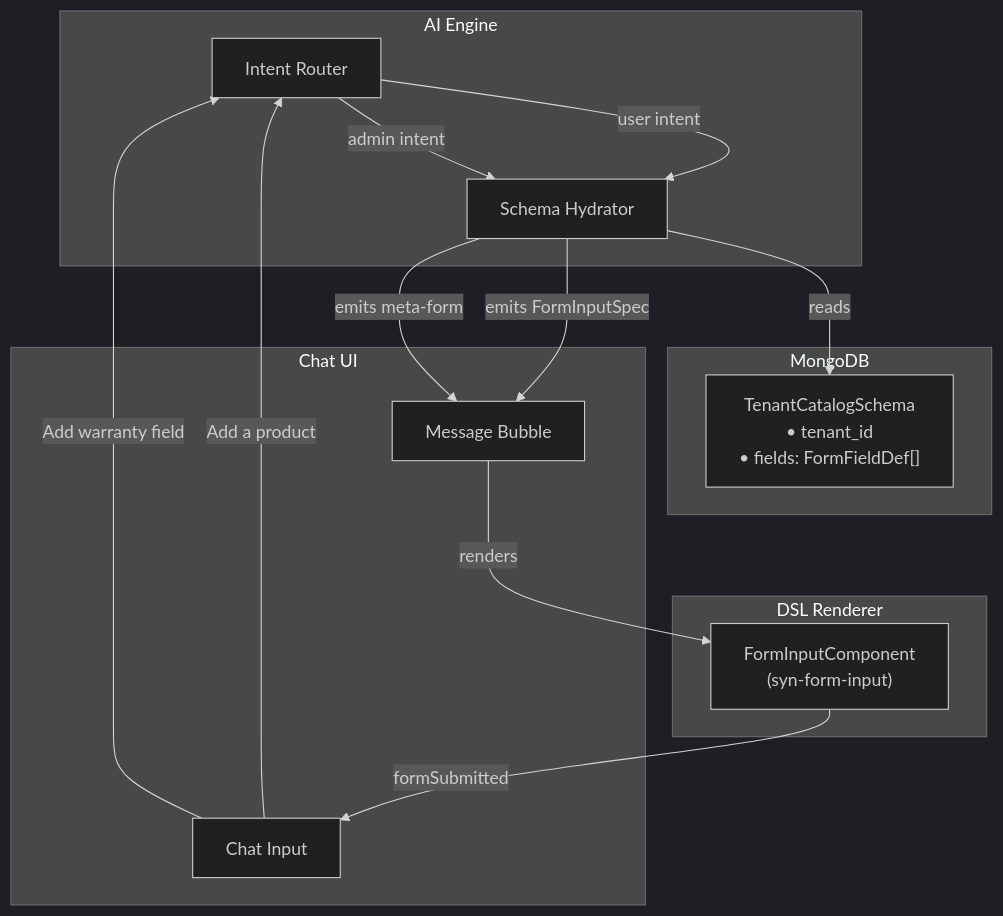
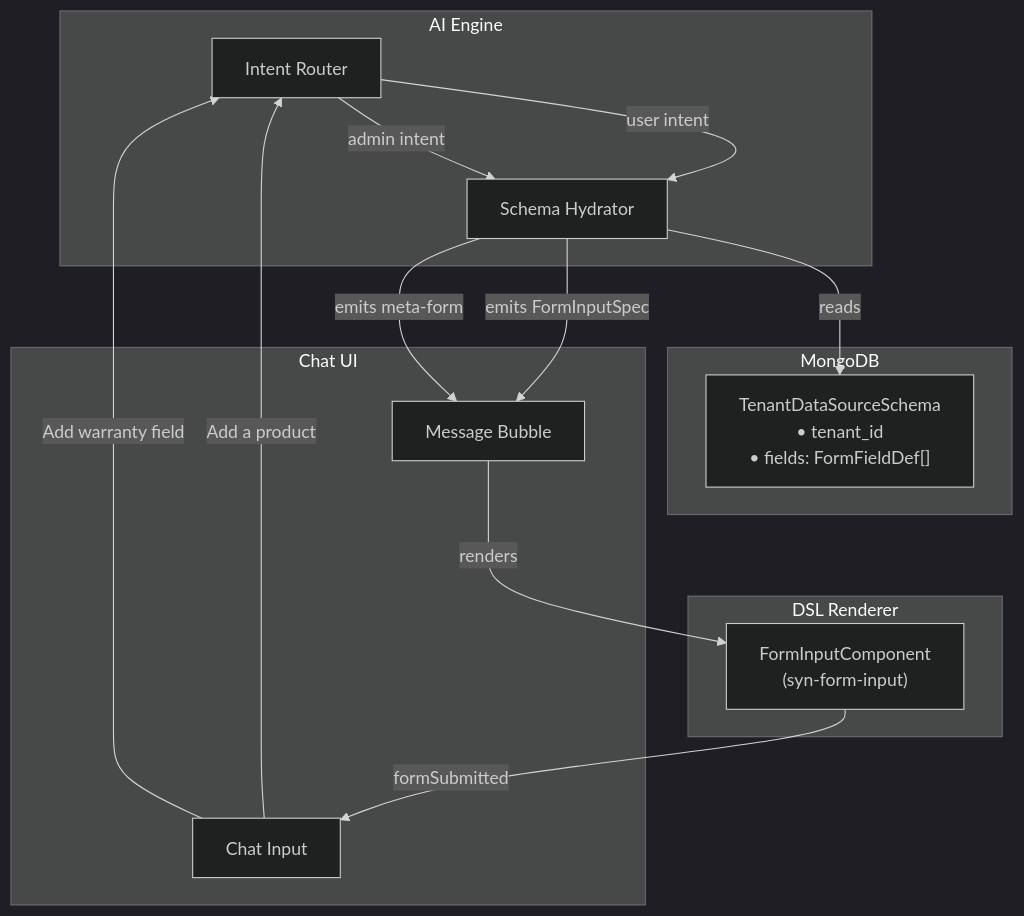
The diagram in docs/form_architecture.md (spectrayan/synaptiq), drawn with Mermaid (dark theme) before and after one commit. The commit also changed other lines of this file and 2 other files, not shown here.

First line of the commit message:
docs: replace catalog terminology with datasource/generic across architecture docs

````diff
--- a/docs/form_architecture.md
+++ b/docs/form_architecture.md
@@ -25,31 +25,31 @@
 ```mermaid
 flowchart TD
     subgraph MongoDB
-        TS["TenantCatalogSchema\n• tenant_id\n• fields: FormFieldDef[]"]
+        TS["TenantDataSourceSchema\n• tenant_id\n• fields: FormFieldDef[]"]
     end
 
     subgraph AI Engine
         IR["Intent Router"]
         SH["Schema Hydrator"]
     end
 
     subgraph DSL Renderer
         FI["FormInputComponent\n(syn-form-input)"]
     end
 
     subgraph Chat UI
         CI["Chat Input"]
         MB["Message Bubble"]
     end
 
     CI -->|"Add a product"| IR
     IR -->|user intent| SH
     SH -->|reads| TS
     SH -->|emits FormInputSpec| MB
     MB -->|renders| FI
     FI -->|formSubmitted| CI
 
     CI -->|"Add warranty field"| IR
     IR -->|admin intent| SH
     SH -->|emits meta-form| MB
 ```
````
